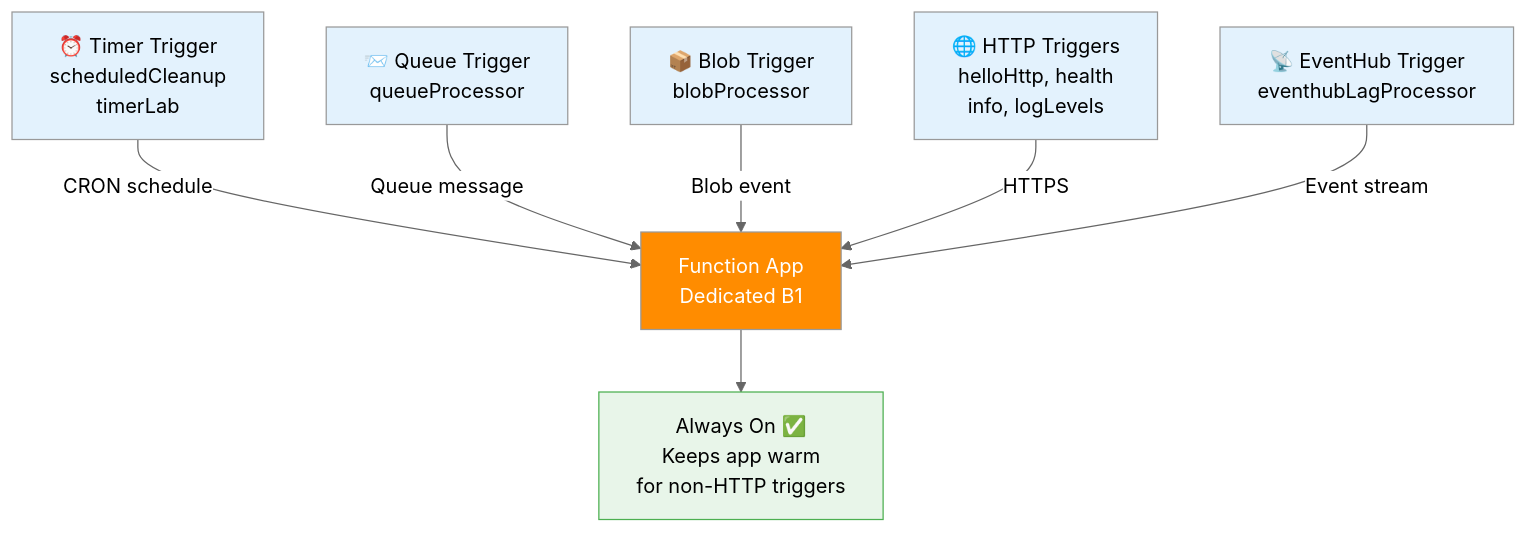
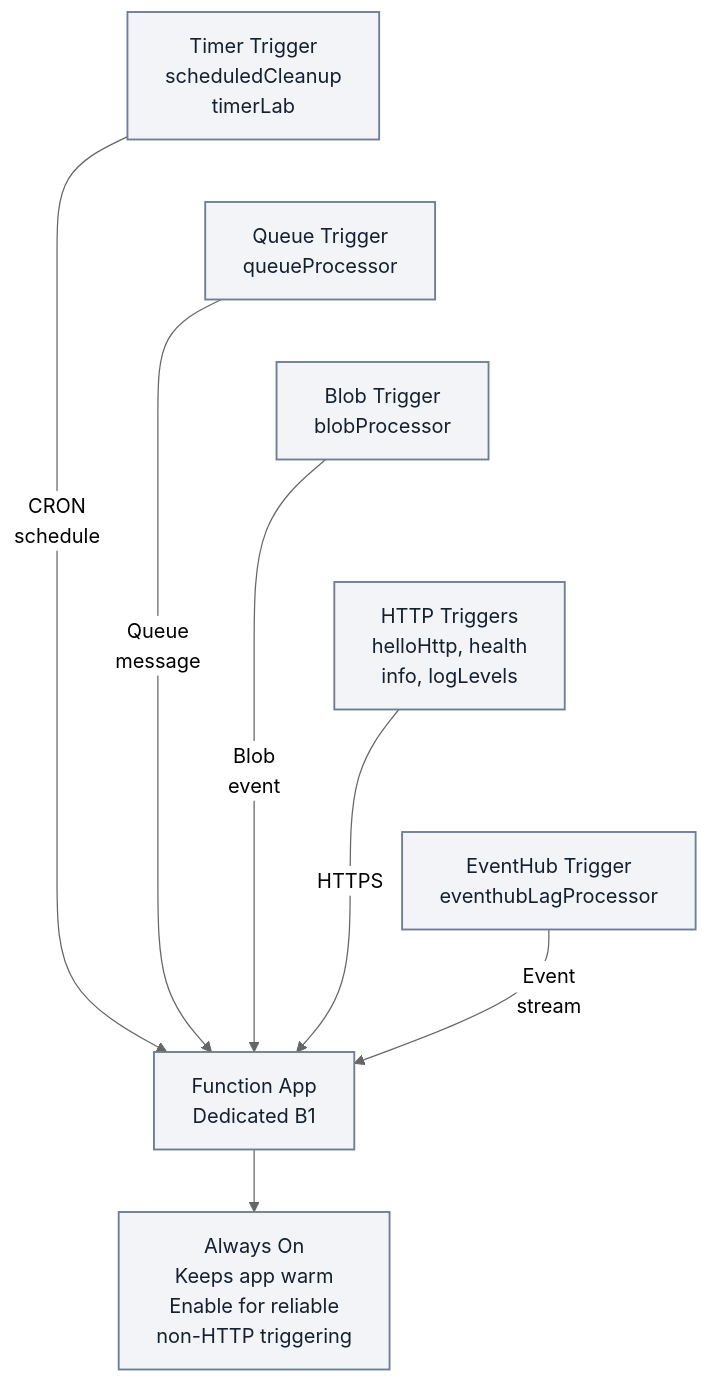
One commit to yeongseon/azure-functions-practical-guide changed the diagram in docs/language-guides/nodejs/tutorial/dedicated/07-extending-triggers.md. Above: the diagram before and after it, drawn with Mermaid (neutral theme). The commit also changed other lines of this file and 4 other files, not shown here.

First line of the commit message:
docs(diagrams): improve Node.js extending-trigger tutorial maps (#513)

````diff
--- a/docs/language-guides/nodejs/tutorial/dedicated/07-extending-triggers.md
+++ b/docs/language-guides/nodejs/tutorial/dedicated/07-extending-triggers.md
@@ -51,18 +53,20 @@
 ```mermaid
+%%{init: {'flowchart': {'nodeSpacing': 10}}}%%
 flowchart TD
-    TIMER["⏰ Timer Trigger\nscheduledCleanup\ntimerLab"] -->|CRON schedule| FA[Function App\nDedicated B1]
-    QUEUE["📨 Queue Trigger\nqueueProcessor"] -->|Queue message| FA
-    BLOB["📦 Blob Trigger\nblobProcessor"] -->|Blob event| FA
-    HTTP["🌐 HTTP Triggers\nhelloHttp, health\ninfo, logLevels"] -->|HTTPS| FA
-    EH["📡 EventHub Trigger\neventhubLagProcessor"] -->|Event stream| FA
+    accTitle: Node.js Dedicated trigger overview and Always On
+    accDescr: Conceptual timer, queue, blob, HTTP and Event Hub trigger paths to the Node.js v4 Dedicated B1 app and its Always On setting. Enable Always On for reliable non-HTTP triggering; an idled app without it can wake on an HTTP request or portal access. Source arrows associate independent triggers with the app, not a network topology or sequential execution; the Always On arrow identifies configuration, not app output.
+    TIMER["Timer Trigger<br/>scheduledCleanup<br/>timerLab"] -->|"CRON<br/>schedule"| FA["Function App<br/>Dedicated B1"]
+    QUEUE["Queue Trigger<br/>queueProcessor"] -->|"Queue<br/>message"| FA
+    BLOB["Blob Trigger<br/>blobProcessor"] -->|"Blob<br/>event"| FA
+    HTTP["HTTP Triggers<br/>helloHttp, health<br/>info, logLevels"] -->|HTTPS| FA
+    EH["EventHub Trigger<br/>eventhubLagProcessor"] -->|"Event<br/>stream"| FA
 
-    FA --> ALWAYS["Always On ✅\nKeeps app warm\nfor non-HTTP triggers"]
+    FA --> ALWAYS["Always On<br/>Keeps app warm<br/>Enable for reliable<br/>non-HTTP triggering"]
+    %% Layout-only links tier independent sources; no execution steps or arrows added.
+    TIMER ~~~ QUEUE
+    QUEUE ~~~ BLOB
+    BLOB ~~~ HTTP
+    HTTP ~~~ EH
 
-    style FA fill:#ff8c00,color:#fff
-    style ALWAYS fill:#E8F5E9,stroke:#4CAF50
-    style TIMER fill:#E3F2FD
-    style QUEUE fill:#E3F2FD
-    style BLOB fill:#E3F2FD
-    style HTTP fill:#E3F2FD
-    style EH fill:#E3F2FD
+    classDef default fill:#f2f4f8,stroke:#707e93,stroke-width:1.5px,color:#14202e;
 ```
````
